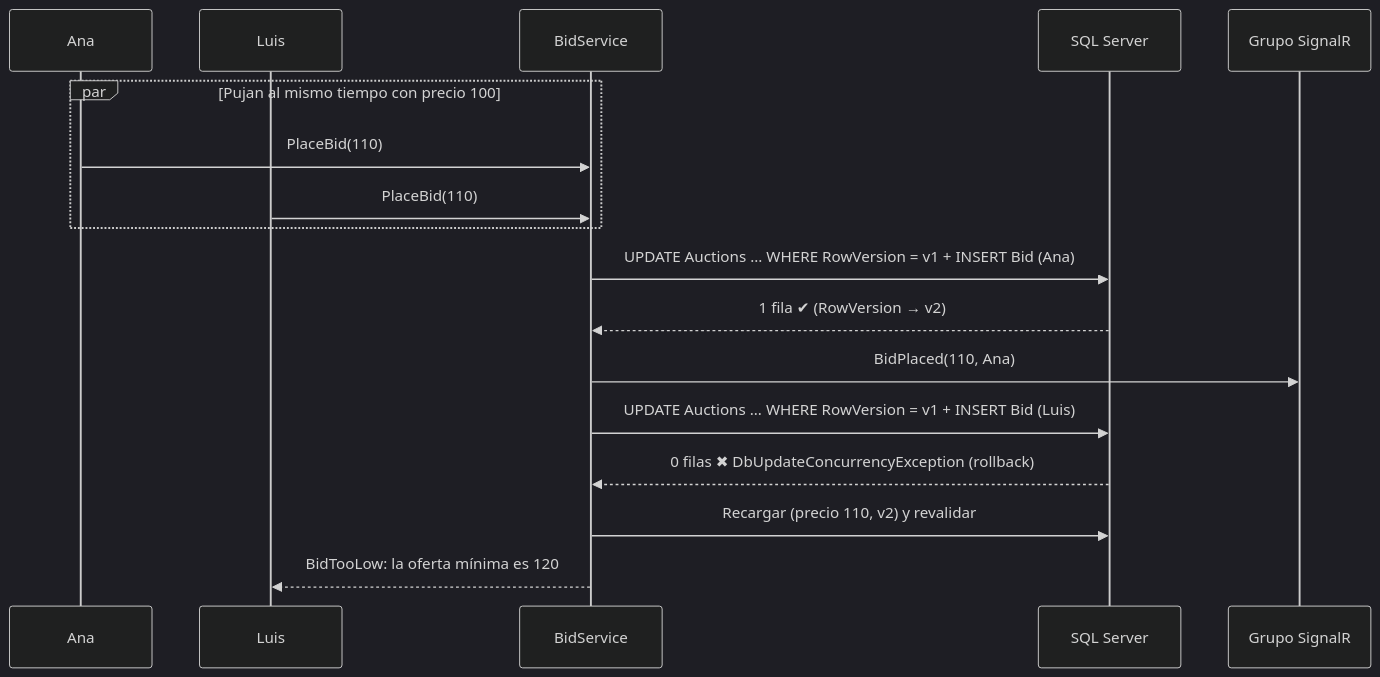
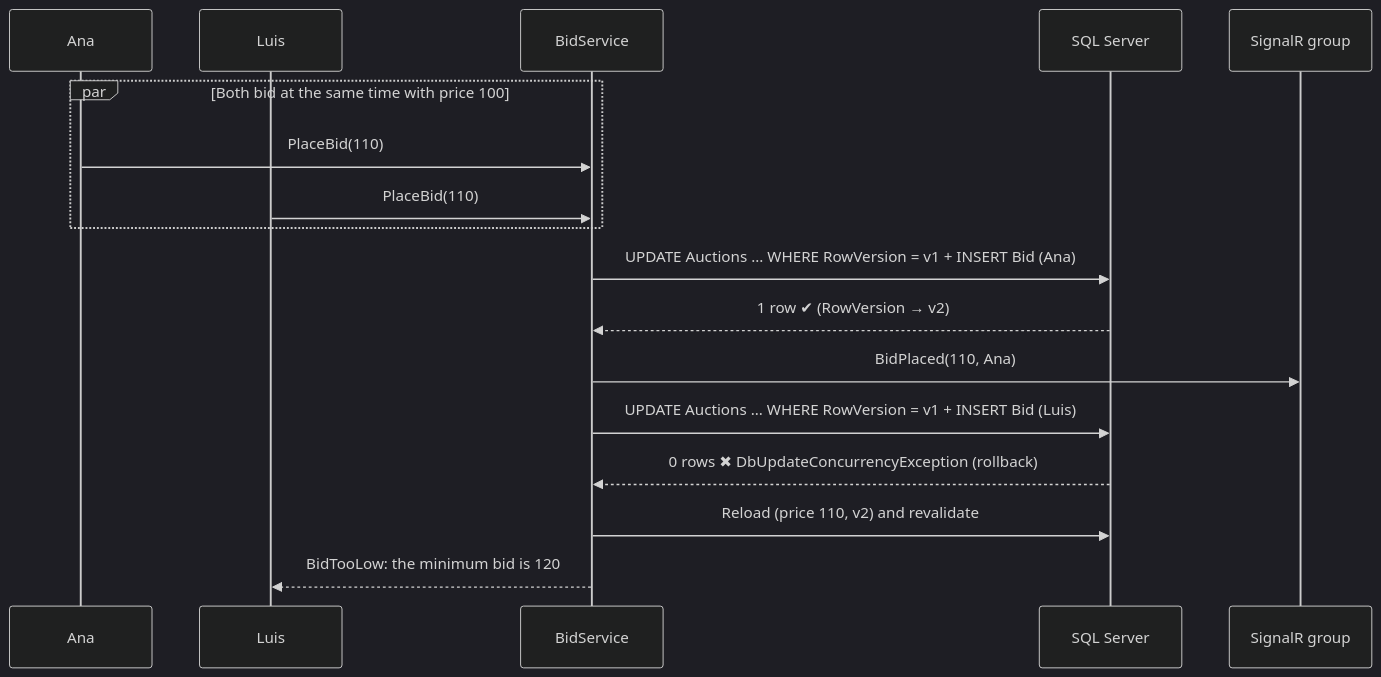
Before and after one commit to edu-tech220/live-auction: the second of 2 diagrams in README.md, drawn with Mermaid (dark theme). The commit also changed other lines of this file and 6 other files, not shown here.

````diff
--- a/README.md
+++ b/README.md
@@ -82,20 +81,20 @@
 ```mermaid
 sequenceDiagram
     participant A as Ana
     participant L as Luis
     participant S as BidService
     participant DB as SQL Server
-    participant G as Grupo SignalR
+    participant G as SignalR group
 
-    par Pujan al mismo tiempo con precio 100
+    par Both bid at the same time with price 100
         A->>S: PlaceBid(110)
         L->>S: PlaceBid(110)
     end
     S->>DB: UPDATE Auctions ... WHERE RowVersion = v1 + INSERT Bid (Ana)
-    DB-->>S: 1 fila ✔ (RowVersion → v2)
+    DB-->>S: 1 row ✔ (RowVersion → v2)
     S->>G: BidPlaced(110, Ana)
     S->>DB: UPDATE Auctions ... WHERE RowVersion = v1 + INSERT Bid (Luis)
-    DB-->>S: 0 filas ✖ DbUpdateConcurrencyException (rollback)
-    S->>DB: Recargar (precio 110, v2) y revalidar
-    S-->>L: BidTooLow: la oferta mínima es 120
+    DB-->>S: 0 rows ✖ DbUpdateConcurrencyException (rollback)
+    S->>DB: Reload (price 110, v2) and revalidate
+    S-->>L: BidTooLow: the minimum bid is 120
 ```
````
